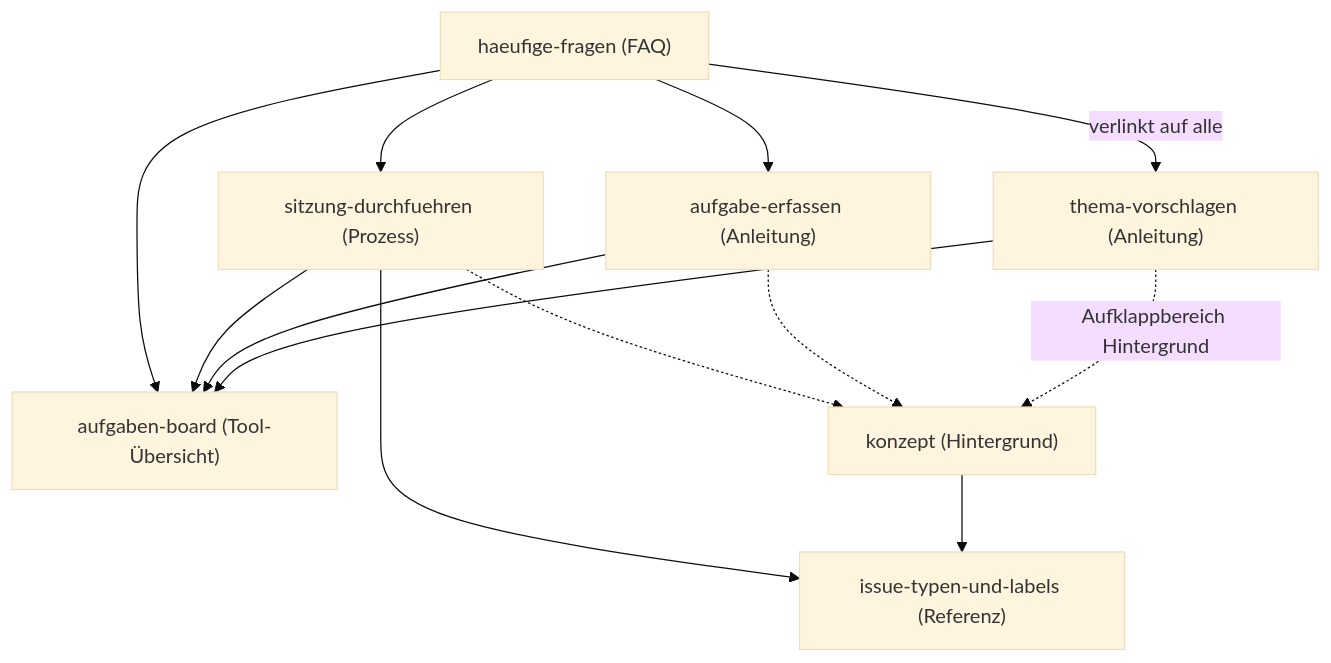
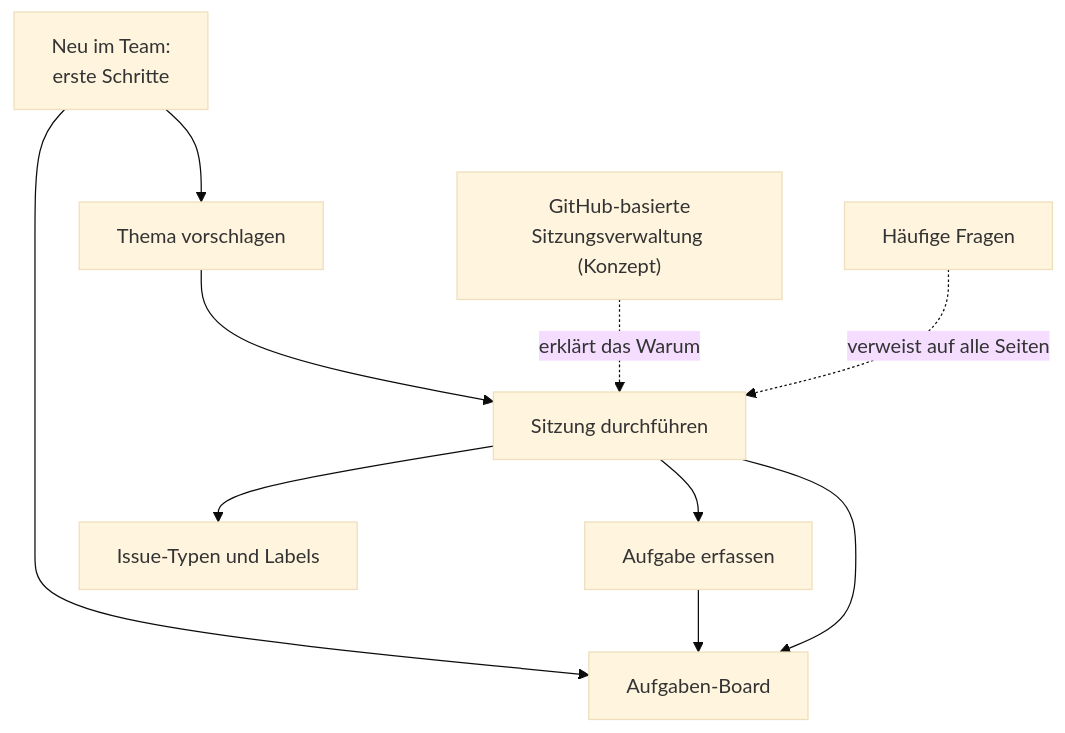
The diagram in handbuch/Aufgaben und Sitzungsverwaltung/README.md (rfluethi/learn-wp-dach-team), drawn with Mermaid (base theme) before and after one commit. The commit also changed other lines of this file and 48 other files, not shown here.

````diff
--- a/handbuch/Aufgaben und Sitzungsverwaltung/README.md
+++ b/handbuch/Aufgaben und Sitzungsverwaltung/README.md
@@ -28,15 +29,12 @@
 ```mermaid
 flowchart TD
-    T["thema-vorschlagen (Anleitung)"] --> B["aufgaben-board (Tool-Übersicht)"]
-    A["aufgabe-erfassen (Anleitung)"] --> B
-    S["sitzung-durchfuehren (Prozess)"] --> B
-    T -. "Aufklappbereich Hintergrund" .-> K["konzept (Hintergrund)"]
-    A -.-> K
-    S -.-> K
-    K --> I["issue-typen-und-labels (Referenz)"]
-    S --> I
-    F["haeufige-fragen (FAQ)"] -- "verlinkt auf alle" --> T
-    F --> A
-    F --> S
-    F --> B
+    N["Neu im Team:<br>erste Schritte"] --> T["Thema vorschlagen"]
+    N --> B["Aufgaben-Board"]
+    T --> S["Sitzung durchführen"]
+    S --> A["Aufgabe erfassen"]
+    A --> B
+    S --> B
+    S --> I["Issue-Typen und Labels"]
+    K["GitHub-basierte<br>Sitzungsverwaltung (Konzept)"] -.->|"erklärt das Warum"| S
+    F["Häufige Fragen"] -.->|"verweist auf alle Seiten"| S
 ```
````
